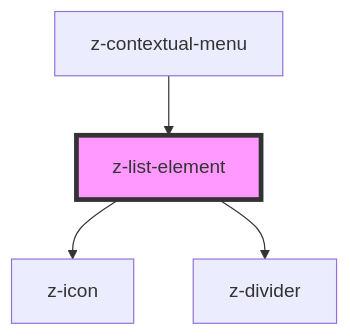
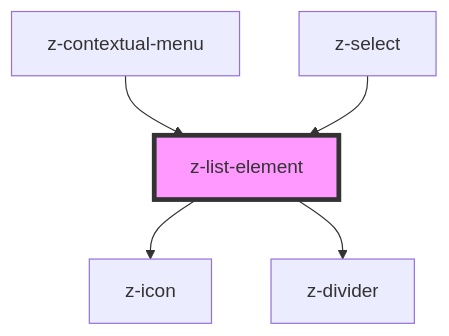
Before and after one commit to ZanichelliEditore/design-system: the diagram in src/components/list/z-list-element/readme.md, drawn with Mermaid. The commit also changed other lines of this file and 6 other files, not shown here.

Commit message:
refactor: use z-list and z-list-element in z-select

````diff
--- a/src/components/list/z-list-element/readme.md
+++ b/src/components/list/z-list-element/readme.md
@@ -46,7 +47,8 @@
 ```mermaid
 graph TD;
   z-list-element --> z-icon
   z-list-element --> z-divider
   z-contextual-menu --> z-list-element
+  z-select --> z-list-element
   style z-list-element fill:#f9f,stroke:#333,stroke-width:4px
 ```
````
